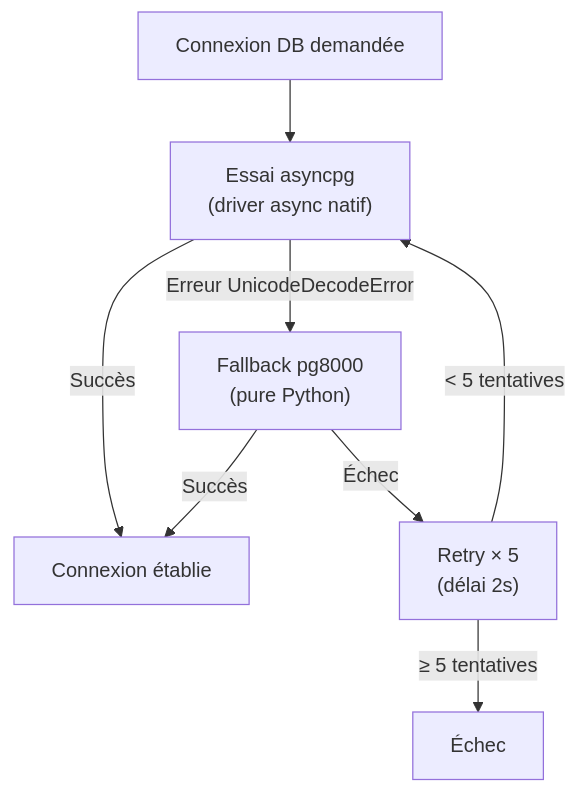
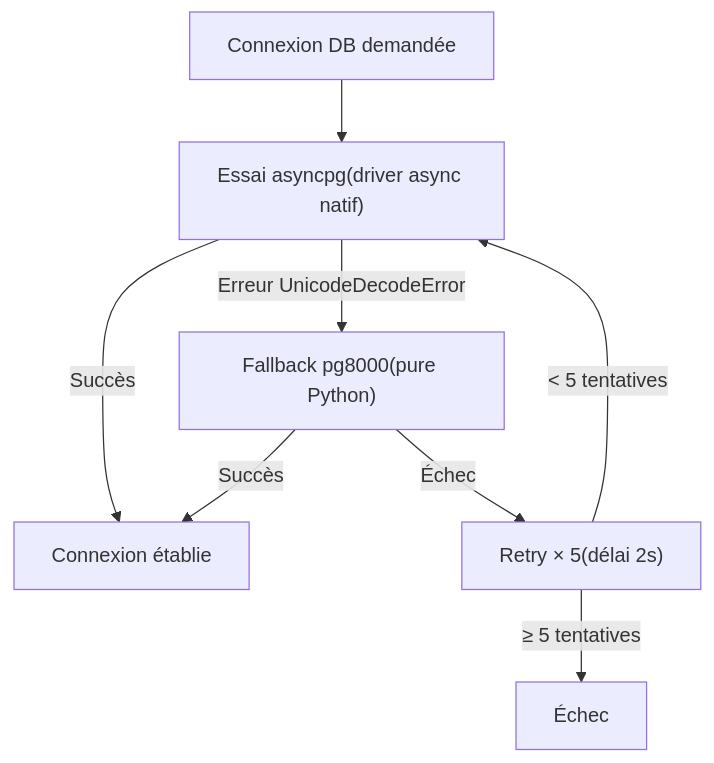
Before and after one commit to EnterNAthan/RaceTyper: diagram 11 of 17 in ARCHITECTURE.md, drawn with Mermaid. The commit also changed other lines of this file, not shown here.

Commit message:
fix architecture markdown

````diff
--- a/ARCHITECTURE.md
+++ b/ARCHITECTURE.md
@@ -420,17 +430,17 @@
 ```mermaid
 flowchart TD
     START["Connexion DB demandée"]
-    TRY_ASYNC["Essai asyncpg\n(driver async natif)"]
-    TRY_SYNC["Fallback pg8000\n(pure Python)"]
-    RETRY["Retry × 5\n(délai 2s)"]
+    TRY_ASYNC["Essai asyncpg(driver async natif)"]
+    TRY_SYNC["Fallback pg8000(pure Python)"]
+    RETRY["Retry × 5(délai 2s)"]
     OK["Connexion établie"]
     FAIL["Échec"]
 
     START --> TRY_ASYNC
     TRY_ASYNC -- "Succès" --> OK
     TRY_ASYNC -- "Erreur UnicodeDecodeError" --> TRY_SYNC
     TRY_SYNC -- "Succès" --> OK
     TRY_SYNC -- "Échec" --> RETRY
     RETRY -- "< 5 tentatives" --> TRY_ASYNC
     RETRY -- "≥ 5 tentatives" --> FAIL
 ```
````
